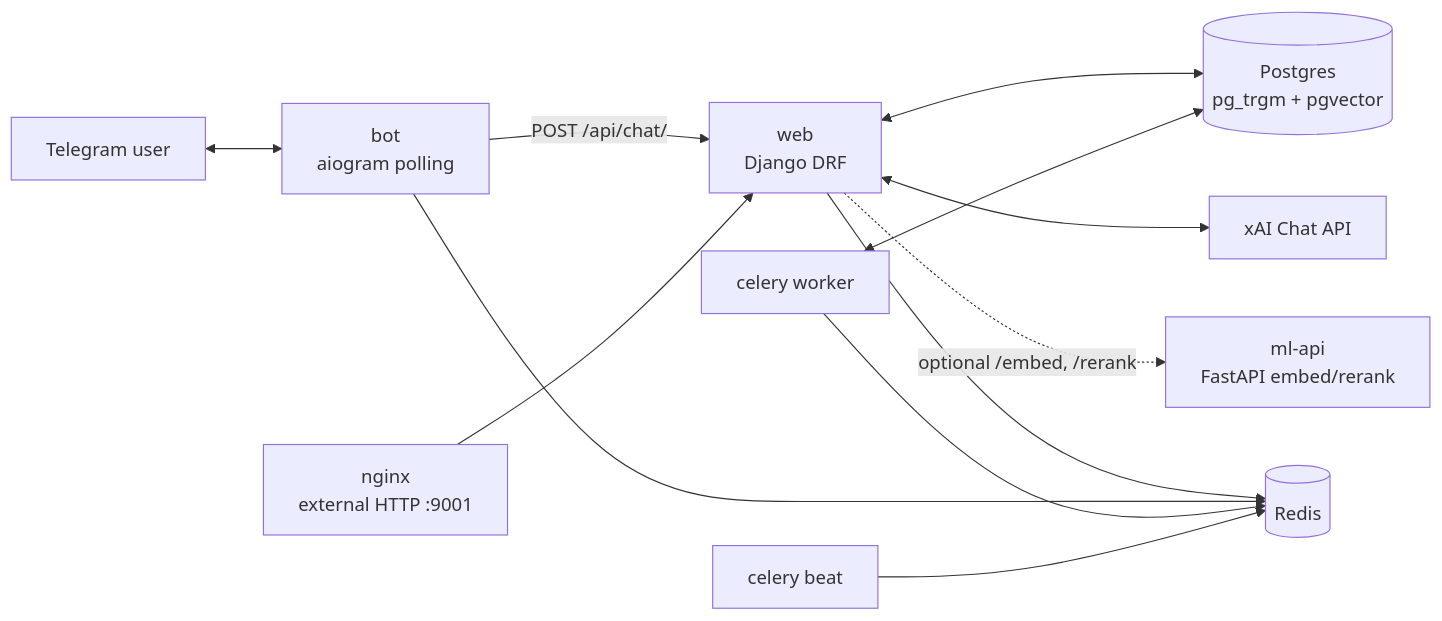
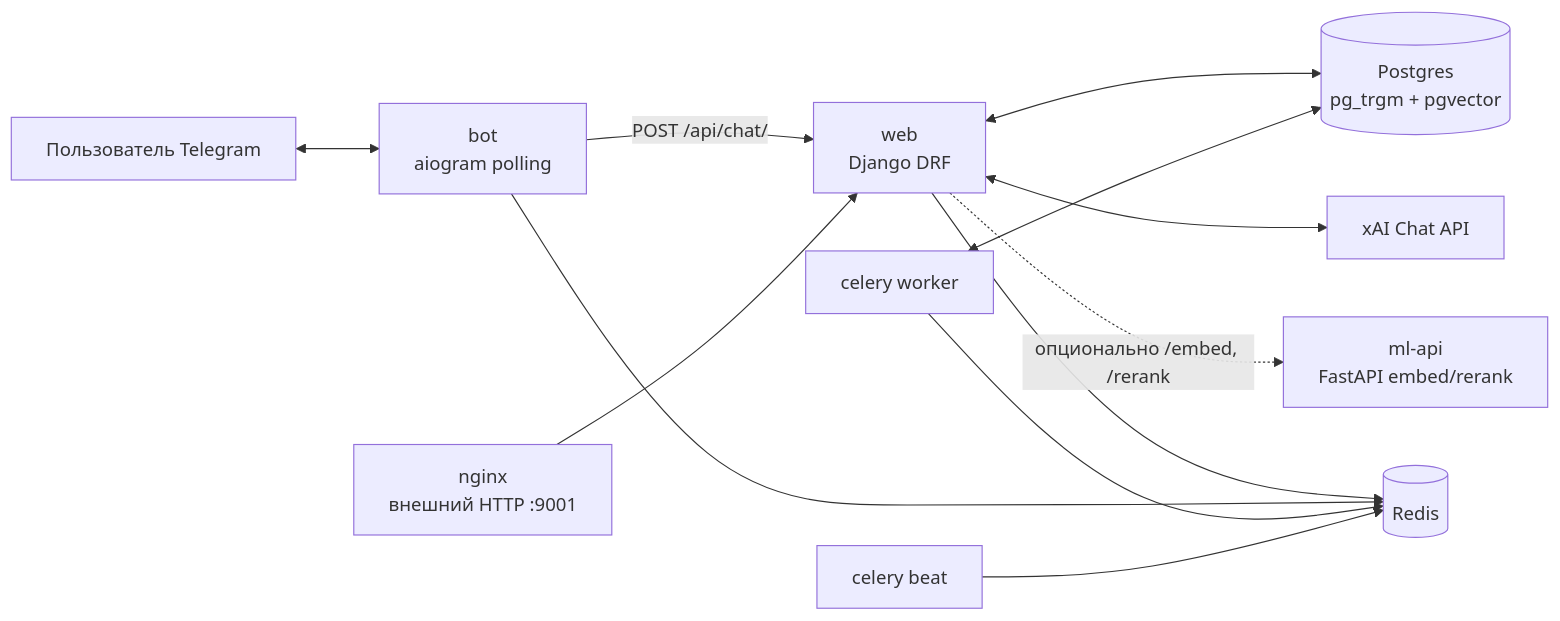
One commit to FedXL/rag-try-bot changed the first of 3 diagrams in docs/rag-architecture.md. Above: the diagram before and after it, drawn with Mermaid. The commit also changed other lines of this file, not shown here.

Commit message:
docs: translate RAG architecture to Russian

````diff
--- a/docs/rag-architecture.md
+++ b/docs/rag-architecture.md
@@ -9,25 +9,25 @@
 ```mermaid
 flowchart LR
-    TG[Telegram user]
+    TG[Пользователь Telegram]
     BOT[bot<br/>aiogram polling]
     WEB[web<br/>Django DRF]
-    NGINX[nginx<br/>external HTTP :9001]
+    NGINX[nginx<br/>внешний HTTP :9001]
     DB[(Postgres<br/>pg_trgm + pgvector)]
     REDIS[(Redis)]
     CELERY[celery worker]
     BEAT[celery beat]
     ML[ml-api<br/>FastAPI embed/rerank]
     XAI[xAI Chat API]
 
     TG <--> BOT
     BOT -->|POST /api/chat/| WEB
     NGINX --> WEB
     WEB <--> DB
     WEB <--> XAI
-    WEB -. optional /embed, /rerank .-> ML
+    WEB -. опционально /embed, /rerank .-> ML
     WEB --> REDIS
     BOT --> REDIS
     CELERY --> REDIS
     CELERY <--> DB
     BEAT --> REDIS
 ```
````
